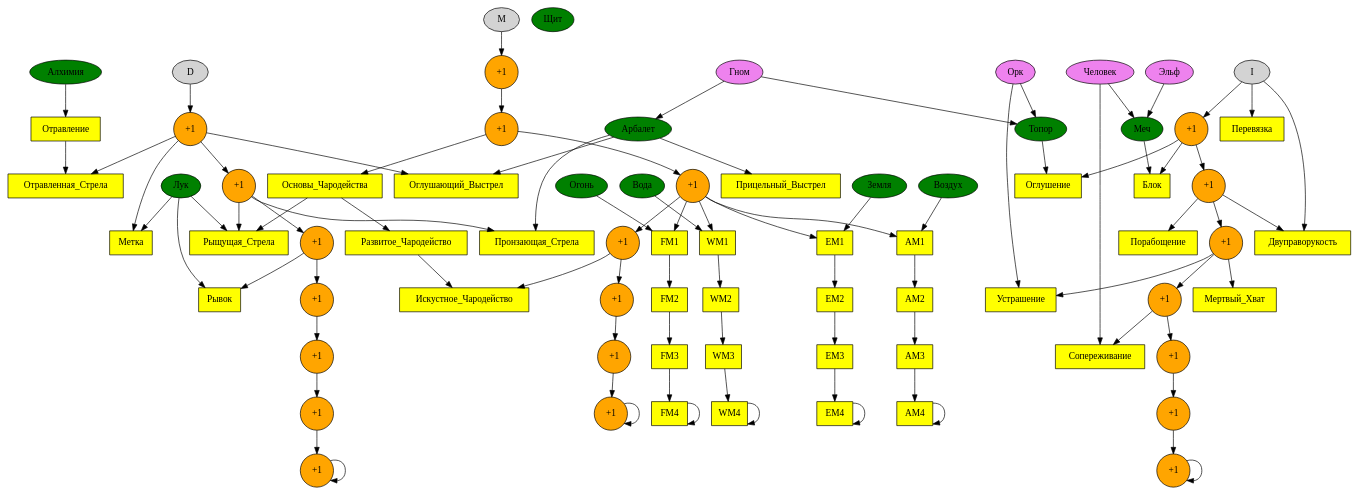
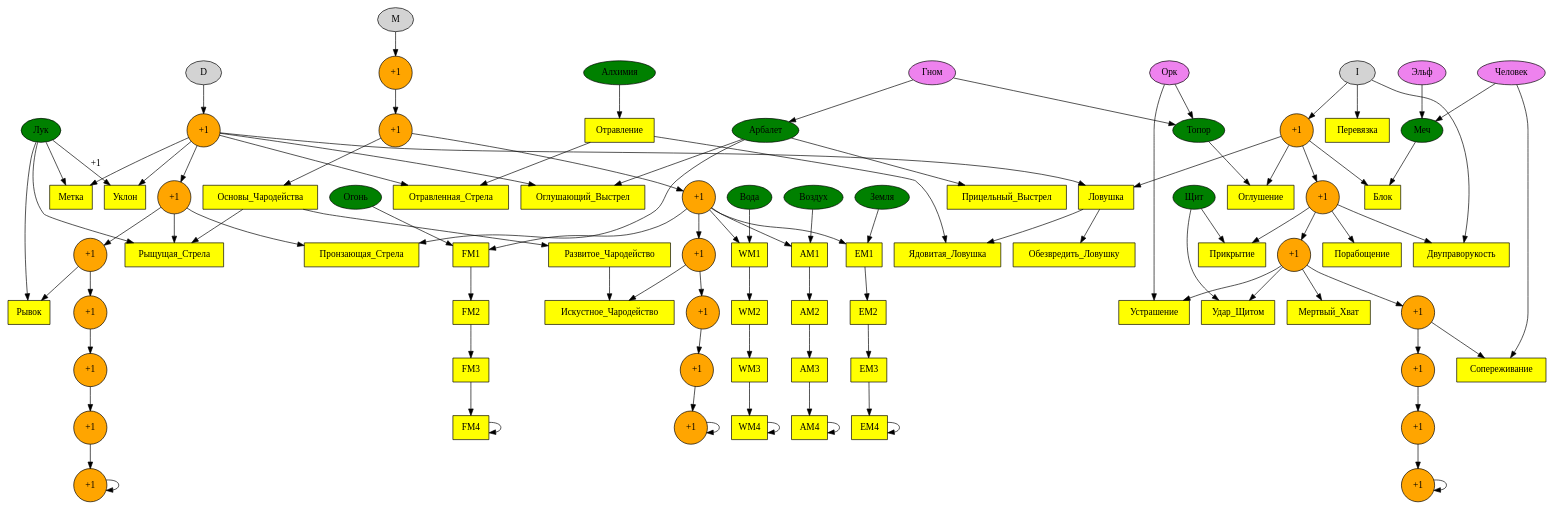
Before and after one commit to hurufu/rpg: the diagram in rpg2.dot, drawn with Graphviz.

Commit message:
Добавленно: Щит, Ловушка и скилы с ними

```diff
--- a/rpg2.dot
+++ b/rpg2.dot
@@ -1,60 +1,71 @@
 strict digraph rpg {
 	node [style=filled]
 	D I M
 	node [fillcolor=green]
 	Лук Арбалет Алхимия Огонь Вода Земля Воздух Меч Топор Щит
 	node [fillcolor=violet]
 	Человек Гном Эльф Орк
 	node [label="+1", style=filled, shape=circle, fillcolor=orange, color=black]
 	D -> D1 -> D2 -> D3 -> D4 -> D5 -> D6 -> D7 -> D7
 	M -> M1 -> M2 -> M3 -> M4 -> M5 -> M6 -> M7 -> M7
 	I -> I1 -> I2 -> I3 -> I4 -> I5 -> I6 -> I7 -> I7
 	node [label="\N", shape=box, fillcolor=yellow]
 	Человек -> Меч
 	Человек -> Сопереживание
 	Эльф -> Меч
 	Гном -> Топор
 	Гном -> Арбалет
 	Орк -> Топор
 	Орк -> Устрашение
 	D1 -> Отравленная_Стрела
 	D1 -> Метка
+	D1 -> Уклон
+	D1 -> Ловушка
 	D1 -> Оглушающий_Выстрел
 	D2 -> Рыщущая_Стрела
 	D2 -> Пронзающая_Стрела
 	D3 -> Рывок
 	M2 -> Основы_Чародейства -> Развитое_Чародейство -> Искустное_Чародейство
 	Основы_Чародейства -> Рыщущая_Стрела
 	M4 -> Искустное_Чародейство
 	M3 -> FM1
 	M3 -> WM1
 	M3 -> EM1
 	M3 -> AM1
 	Огонь -> FM1
 	Вода -> WM1
 	Земля -> EM1
 	Воздух -> AM1
 	FM1 -> FM2 -> FM3 -> FM4 -> FM4
 	WM1 -> WM2 -> WM3 -> WM4 -> WM4
 	EM1 -> EM2 -> EM3 -> EM4 -> EM4
 	AM1 -> AM2 -> AM3 -> AM4 -> AM4
 	Лук -> Метка
+	Лук -> Уклон [label="+1"]
 	Лук -> Рывок
 	Лук -> Рыщущая_Стрела
 	Арбалет -> Прицельный_Выстрел
 	Арбалет -> Оглушающий_Выстрел
 	Арбалет -> Пронзающая_Стрела
 	Алхимия -> Отравление
 	Отравление -> Отравленная_Стрела
+	Отравление -> Ядовитая_Ловушка
 	I -> Перевязка
 	I -> Двуправорукость
 	I1 -> Блок
 	I1 -> Оглушение
+	I1 -> Ловушка
 	I2 -> Порабощение
 	I2 -> Двуправорукость
+	I2 -> Прикрытие
 	I3 -> Устрашение
 	I3 -> Мертвый_Хват
+	I3 -> Удар_Щитом
 	I4 -> Сопереживание
 	Меч -> Блок
 	Топор -> Оглушение
+	Щит -> Прикрытие
+	Щит -> Удар_Щитом
+	Ловушка -> Обезвредить_Ловушку
+	Ловушка -> Ядовитая_Ловушка
 }
```
